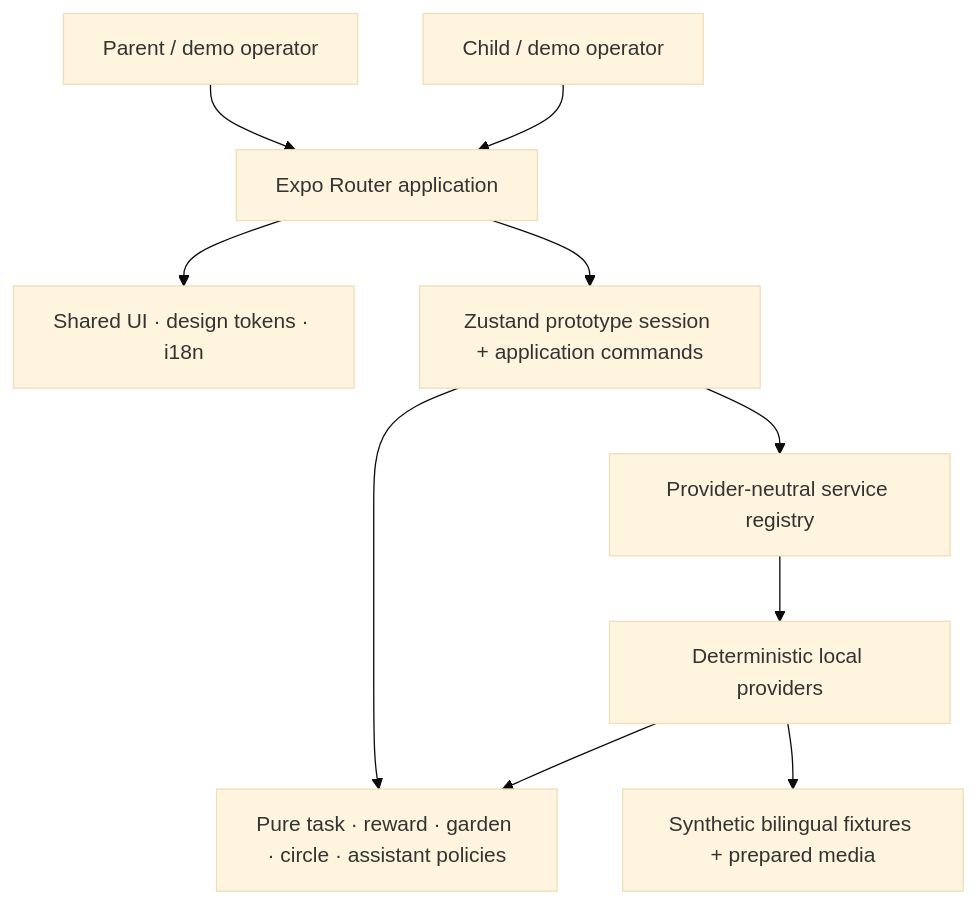
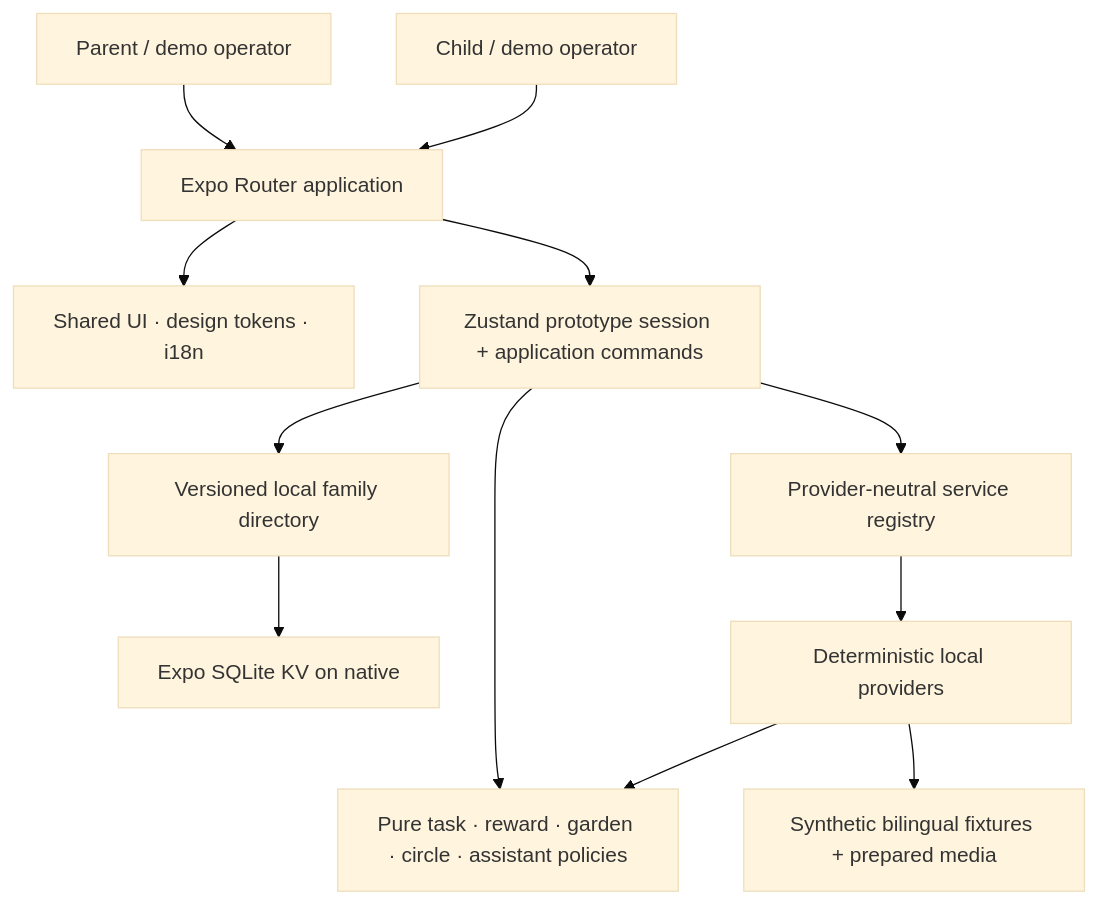
The diagram in docs/architecture/ARCHITECTURE.md (abdalrahman-ismaik/Ghaf), drawn with Mermaid (base theme) before and after one commit. The commit also changed other lines of this file and 5 other files, not shown here.

Commit message:
docs(spec): define device-local family onboarding

````diff
--- a/docs/architecture/ARCHITECTURE.md
+++ b/docs/architecture/ARCHITECTURE.md
@@ -17,22 +19,26 @@
 ```mermaid
 flowchart TB
   Parent[Parent / demo operator]
   Child[Child / demo operator]
   App[Expo Router application]
   UI[Shared UI · design tokens · i18n]
   Store[Zustand prototype session + application commands]
+  Directory[Versioned local family directory]
+  SQLite[Expo SQLite KV on native]
   Policies[Pure task · reward · garden · circle · assistant policies]
   Registry[Provider-neutral service registry]
   Mock[Deterministic local providers]
   Fixtures[Synthetic bilingual fixtures + prepared media]
 
   Parent --> App
   Child --> App
   App --> UI
   App --> Store
+  Store --> Directory
+  Directory --> SQLite
   Store --> Policies
   Store --> Registry
   Registry --> Mock
   Mock --> Policies
   Mock --> Fixtures
 ```
````
